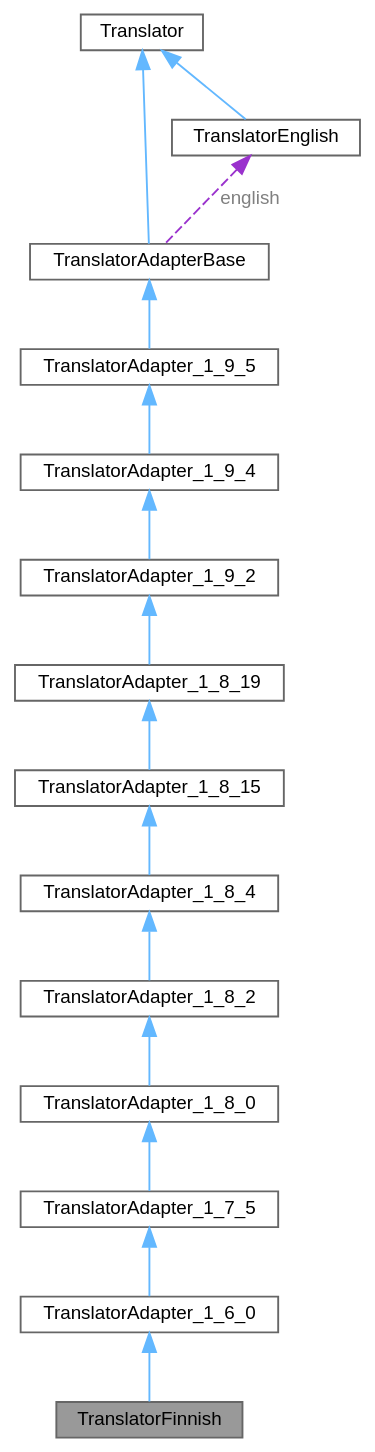
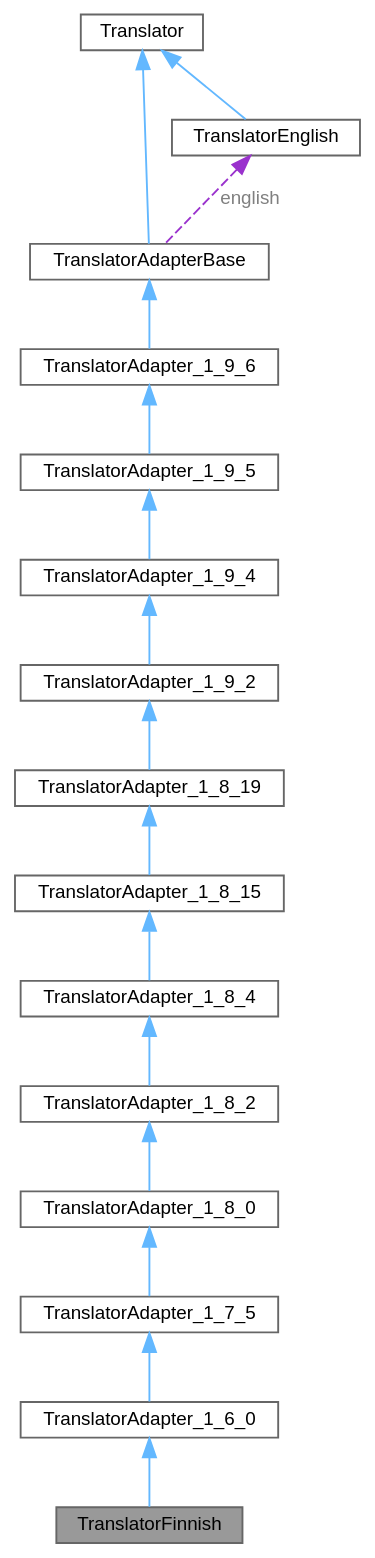
Before and after one commit to tim-gromeyer/doxygen: the diagram in d6/df2/class_translator_finnish__coll__graph.dot, drawn with Graphviz. The commit also changed 880 other files, not shown here.

```diff
--- a/d6/df2/class_translator_finnish__coll__graph.dot
+++ b/d6/df2/class_translator_finnish__coll__graph.dot
@@ -1,36 +1,38 @@
 digraph "TranslatorFinnish"
 {
  // INTERACTIVE_SVG=YES
  // LATEX_PDF_SIZE
   bgcolor="transparent";
   edge [fontname=Helvetica,fontsize=10,labelfontname=Helvetica,labelfontsize=10];
   node [fontname=Helvetica,fontsize=10,shape=box,height=0.2,width=0.4];
   Node1 [label="TranslatorFinnish",height=0.2,width=0.4,color="gray40", fillcolor="grey60", style="filled", fontcolor="black",tooltip=" "];
   Node2 -> Node1 [dir="back",color="steelblue1",style="solid"];
   Node2 [label="TranslatorAdapter_1_6_0",height=0.2,width=0.4,color="gray40", fillcolor="white", style="filled",URL="$d3/da1/class_translator_adapter__1__6__0.html",tooltip="Adapter class for languages that only contain translations up to version 1.6.0."];
   Node3 -> Node2 [dir="back",color="steelblue1",style="solid"];
   Node3 [label="TranslatorAdapter_1_7_5",height=0.2,width=0.4,color="gray40", fillcolor="white", style="filled",URL="$da/d24/class_translator_adapter__1__7__5.html",tooltip="Adapter class for languages that only contain translations up to version 1.7.5."];
   Node4 -> Node3 [dir="back",color="steelblue1",style="solid"];
   Node4 [label="TranslatorAdapter_1_8_0",height=0.2,width=0.4,color="gray40", fillcolor="white", style="filled",URL="$de/d49/class_translator_adapter__1__8__0.html",tooltip="Adapter class for languages that only contain translations up to version 1.8.0."];
   Node5 -> Node4 [dir="back",color="steelblue1",style="solid"];
   Node5 [label="TranslatorAdapter_1_8_2",height=0.2,width=0.4,color="gray40", fillcolor="white", style="filled",URL="$d2/d75/class_translator_adapter__1__8__2.html",tooltip=" "];
   Node6 -> Node5 [dir="back",color="steelblue1",style="solid"];
   Node6 [label="TranslatorAdapter_1_8_4",height=0.2,width=0.4,color="gray40", fillcolor="white", style="filled",URL="$de/d2f/class_translator_adapter__1__8__4.html",tooltip=" "];
   Node7 -> Node6 [dir="back",color="steelblue1",style="solid"];
   Node7 [label="TranslatorAdapter_1_8_15",height=0.2,width=0.4,color="gray40", fillcolor="white", style="filled",URL="$d4/d2e/class_translator_adapter__1__8__15.html",tooltip=" "];
   Node8 -> Node7 [dir="back",color="steelblue1",style="solid"];
   Node8 [label="TranslatorAdapter_1_8_19",height=0.2,width=0.4,color="gray40", fillcolor="white", style="filled",URL="$de/dde/class_translator_adapter__1__8__19.html",tooltip=" "];
   Node9 -> Node8 [dir="back",color="steelblue1",style="solid"];
   Node9 [label="TranslatorAdapter_1_9_2",height=0.2,width=0.4,color="gray40", fillcolor="white", style="filled",URL="$d3/d2e/class_translator_adapter__1__9__2.html",tooltip=" "];
   Node10 -> Node9 [dir="back",color="steelblue1",style="solid"];
   Node10 [label="TranslatorAdapter_1_9_4",height=0.2,width=0.4,color="gray40", fillcolor="white", style="filled",URL="$d0/d33/class_translator_adapter__1__9__4.html",tooltip=" "];
   Node11 -> Node10 [dir="back",color="steelblue1",style="solid"];
   Node11 [label="TranslatorAdapter_1_9_5",height=0.2,width=0.4,color="gray40", fillcolor="white", style="filled",URL="$dd/dba/class_translator_adapter__1__9__5.html",tooltip=" "];
   Node12 -> Node11 [dir="back",color="steelblue1",style="solid"];
-  Node12 [label="TranslatorAdapterBase",height=0.2,width=0.4,color="gray40", fillcolor="white", style="filled",URL="$db/d6c/class_translator_adapter_base.html",tooltip="Base of the translator adapter tree."];
+  Node12 [label="TranslatorAdapter_1_9_6",height=0.2,width=0.4,color="gray40", fillcolor="white", style="filled",URL="$db/d71/class_translator_adapter__1__9__6.html",tooltip=" "];
   Node13 -> Node12 [dir="back",color="steelblue1",style="solid"];
-  Node13 [label="Translator",height=0.2,width=0.4,color="gray40", fillcolor="white", style="filled",URL="$d8/dfb/class_translator.html",tooltip="Abstract base class for all translatable text fragments."];
-  Node14 -> Node12 [dir="back",color="darkorchid3",style="dashed",label=" english",fontcolor="grey" ];
-  Node14 [label="TranslatorEnglish",height=0.2,width=0.4,color="gray40", fillcolor="white", style="filled",URL="$d6/d78/class_translator_english.html",tooltip=" "];
-  Node13 -> Node14 [dir="back",color="steelblue1",style="solid"];
+  Node13 [label="TranslatorAdapterBase",height=0.2,width=0.4,color="gray40", fillcolor="white", style="filled",URL="$db/d6c/class_translator_adapter_base.html",tooltip="Base of the translator adapter tree."];
+  Node14 -> Node13 [dir="back",color="steelblue1",style="solid"];
+  Node14 [label="Translator",height=0.2,width=0.4,color="gray40", fillcolor="white", style="filled",URL="$d8/dfb/class_translator.html",tooltip="Abstract base class for all translatable text fragments."];
+  Node15 -> Node13 [dir="back",color="darkorchid3",style="dashed",label=" english",fontcolor="grey" ];
+  Node15 [label="TranslatorEnglish",height=0.2,width=0.4,color="gray40", fillcolor="white", style="filled",URL="$d6/d78/class_translator_english.html",tooltip=" "];
+  Node14 -> Node15 [dir="back",color="steelblue1",style="solid"];
 }
```
